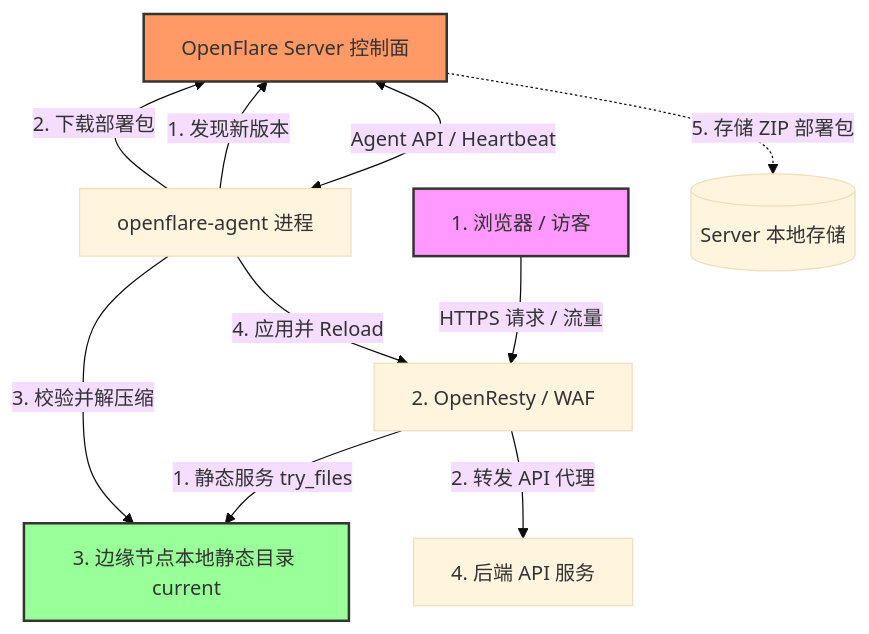
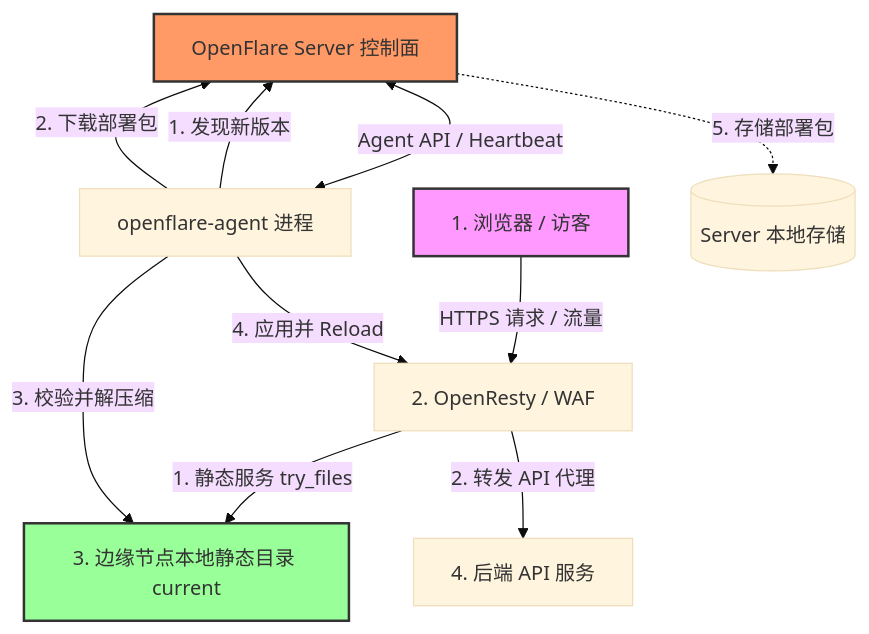
One commit to Rain-kl/OpenFlare changed the diagram in docs/design/pages-design.md. Above: the diagram before and after it, drawn with Mermaid (base theme). The commit also changed other lines of this file and 31 other files, not shown here.

````diff
--- a/docs/design/pages-design.md
+++ b/docs/design/pages-design.md
@@ -34,20 +35,20 @@
 ```mermaid
 graph TD
     %% 数据流
     Browser[1. 浏览器 / 访客] -->|HTTPS 请求 / 流量| OpenResty[2. OpenResty / WAF]
     OpenResty -->|1. 静态服务 try_files| StaticFiles[3. 边缘节点本地静态目录 current]
     OpenResty -->|2. 转发 API 代理| BackEnd[4. 后端 API 服务]
 
     %% 控制流与心跳
     Server[OpenFlare Server 控制面] <-->|Agent API / Heartbeat| Agent[openflare-agent 进程]
-    Server -.->|5. 存储 ZIP 部署包| LocalStore[(Server 本地存储)]
+    Server -.->|5. 存储部署包| LocalStore[(Server 本地存储)]
     
     Agent -->|1. 发现新版本| Server
     Agent -->|2. 下载部署包| Server
     Agent -->|3. 校验并解压缩| StaticFiles
     Agent -->|4. 应用并 Reload| OpenResty
 
     style Browser fill:#f9f,stroke:#333,stroke-width:2px
     style StaticFiles fill:#9f9,stroke:#333,stroke-width:2px
     style Server fill:#f96,stroke:#333,stroke-width:2px
 ```
````
